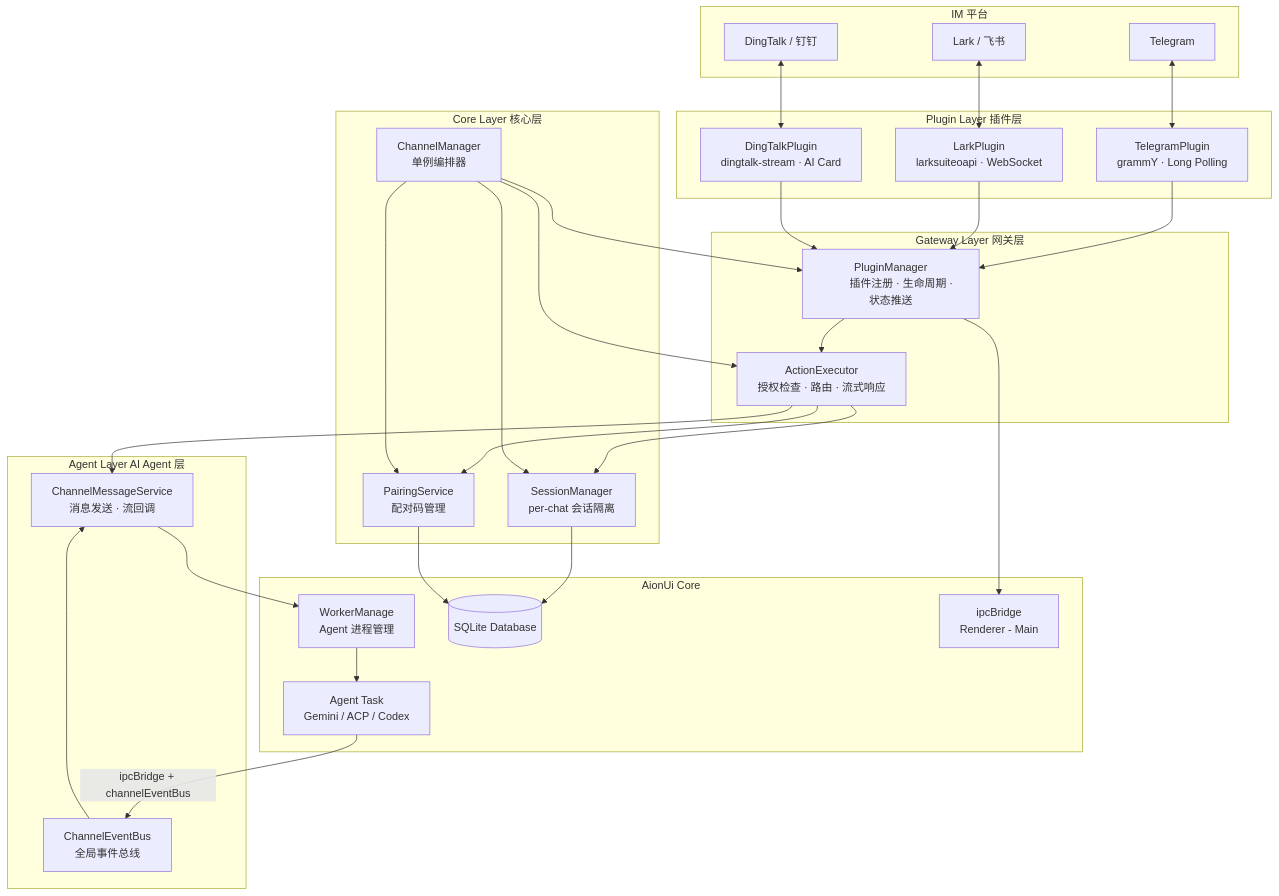
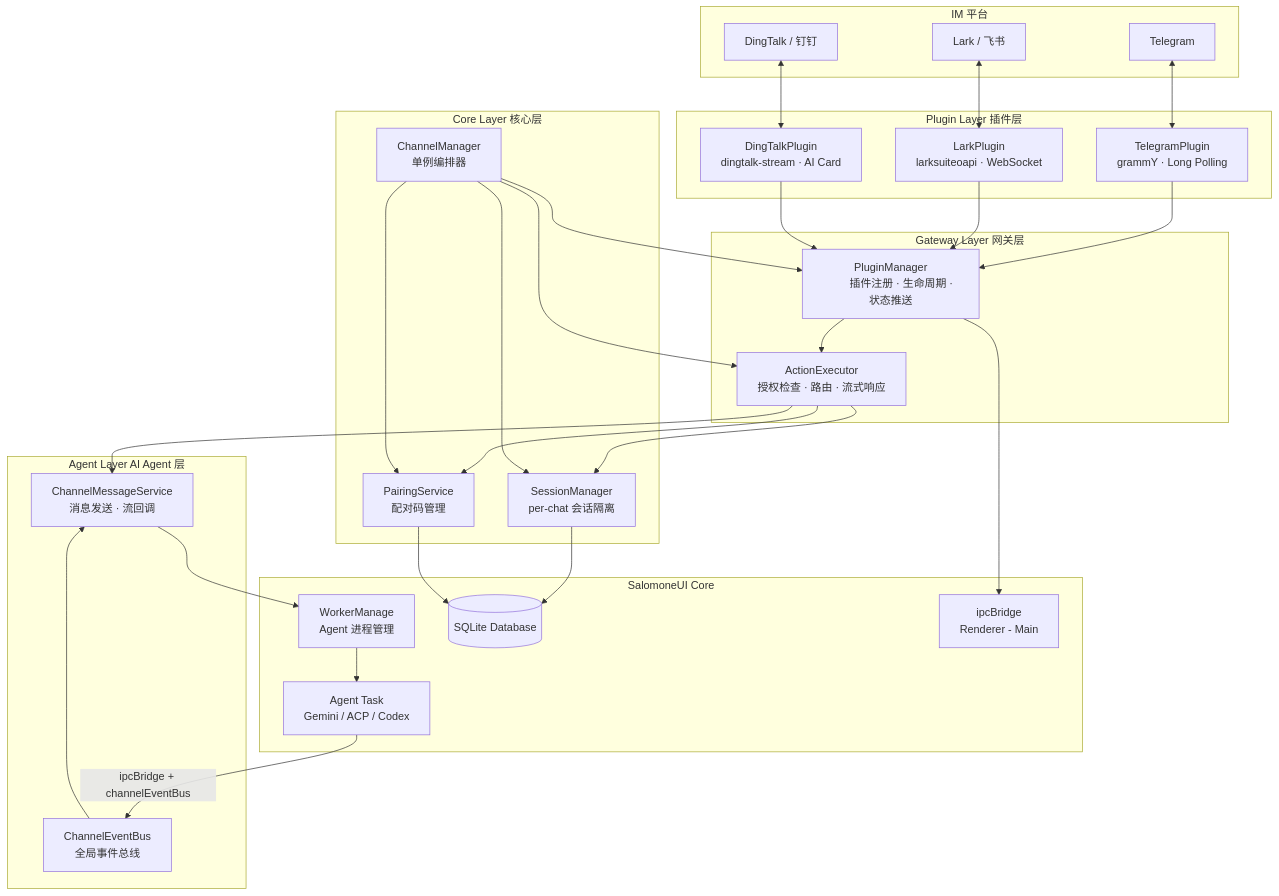
Before and after one commit to fsalamoni/omni-workspace: the first of 2 diagrams in frontend/src/process/channels/ARCHITECTURE.md, drawn with Mermaid. The commit also changed other lines of this file and 1160 other files, not shown here.

````diff
--- a/frontend/src/process/channels/ARCHITECTURE.md
+++ b/frontend/src/process/channels/ARCHITECTURE.md
@@ -84,77 +84,77 @@
 ```mermaid
 graph TB
     subgraph "IM 平台"
         TG[Telegram]
         LK[Lark / 飞书]
         DT[DingTalk / 钉钉]
     end
 
     subgraph "Plugin Layer 插件层"
         TP["TelegramPlugin
         grammY · Long Polling"]
         LP["LarkPlugin
         larksuiteoapi · WebSocket"]
         DP["DingTalkPlugin
         dingtalk-stream · AI Card"]
     end
 
     subgraph "Gateway Layer 网关层"
         PM["PluginManager
         插件注册 · 生命周期 · 状态推送"]
         AE["ActionExecutor
         授权检查 · 路由 · 流式响应"]
     end
 
     subgraph "Core Layer 核心层"
         CM["ChannelManager
         单例编排器"]
         SM["SessionManager
         per-chat 会话隔离"]
         PS["PairingService
         配对码管理"]
     end
 
     subgraph "Agent Layer AI Agent 层"
         CMS["ChannelMessageService
         消息发送 · 流回调"]
         CEB["ChannelEventBus
         全局事件总线"]
     end
 
-    subgraph "AionUi Core"
+    subgraph "SalomoneUI Core"
         WM["WorkerManage
         Agent 进程管理"]
         AGT["Agent Task
         Gemini / ACP / Codex"]
         DB[("SQLite Database")]
         IPC["ipcBridge
         Renderer - Main"]
     end
 
     TG <--> TP
     LK <--> LP
     DT <--> DP
 
     TP --> PM
     LP --> PM
     DP --> PM
 
     PM --> AE
     AE --> SM
     AE --> PS
     AE --> CMS
 
     CM --> PM
     CM --> SM
     CM --> PS
     CM --> AE
 
     CMS --> WM
     WM --> AGT
     AGT -->|"ipcBridge + channelEventBus"| CEB
     CEB --> CMS
 
     SM --> DB
     PS --> DB
     PM --> IPC
 ```
````
